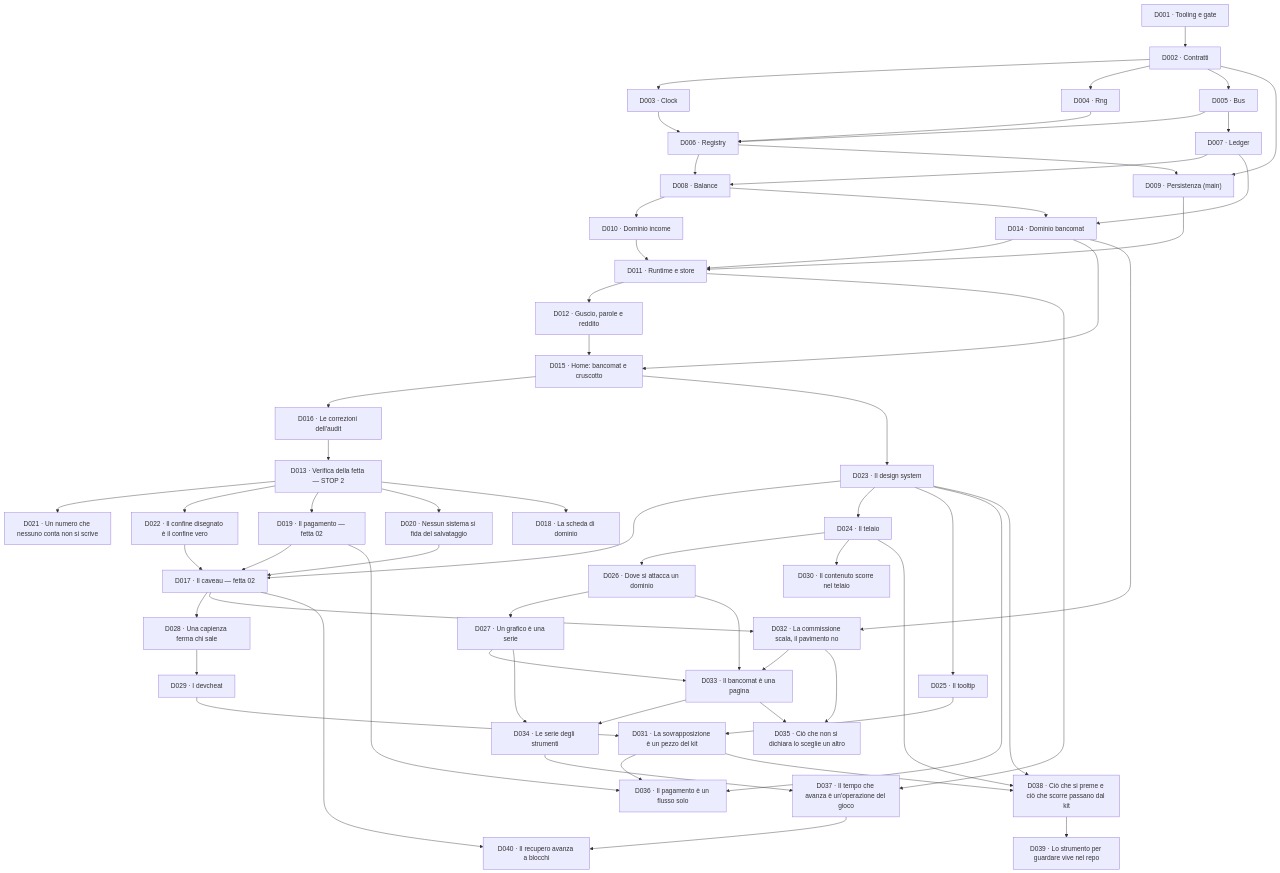
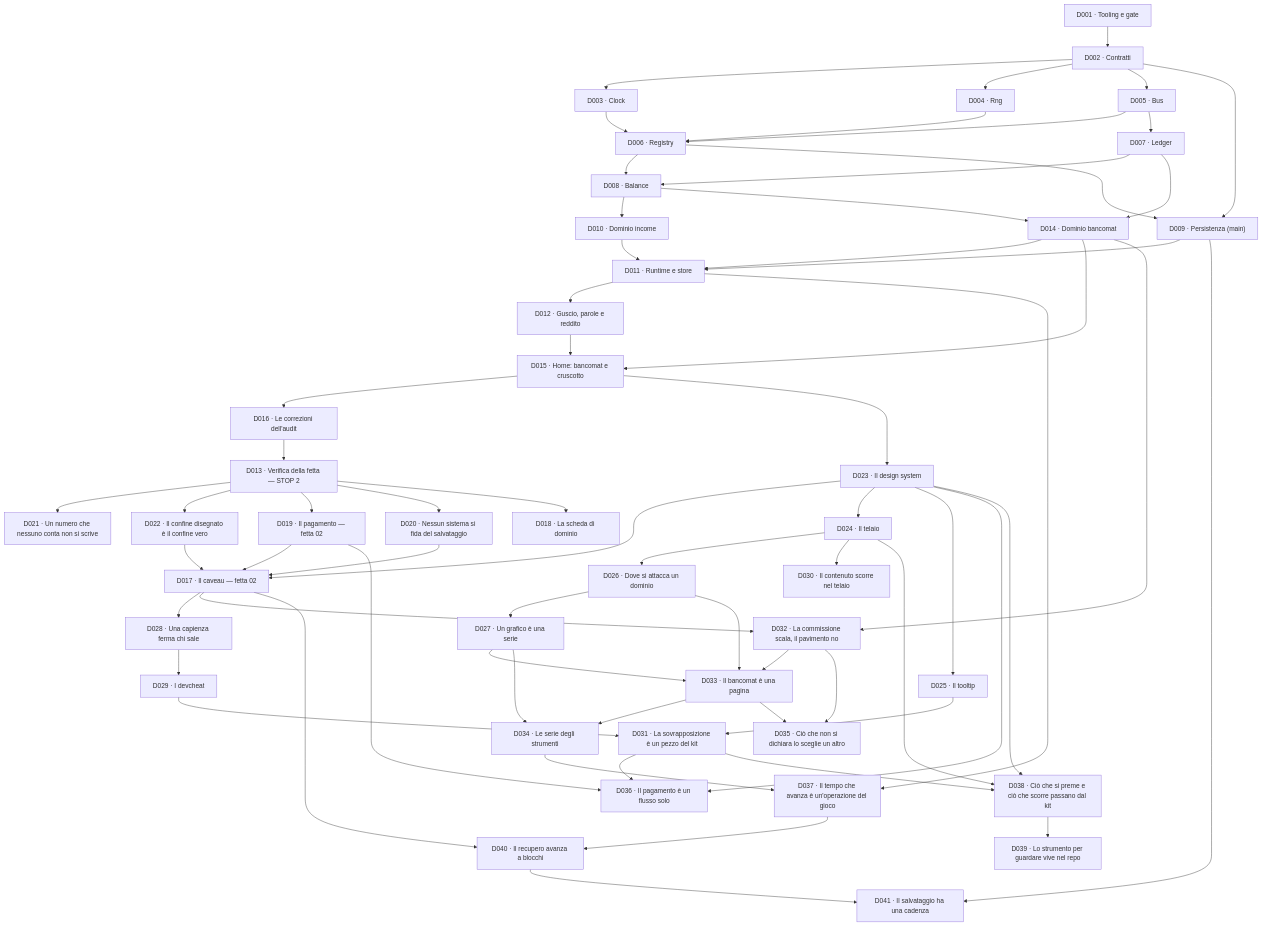
The diagram in docs/delega/README.md (devfrx/solvent), drawn with Mermaid before and after one commit. The commit also changed other lines of this file and 4 other files, not shown here.

````diff
--- a/docs/delega/README.md
+++ b/docs/delega/README.md
@@ -74,65 +74,67 @@
 ```mermaid
 flowchart TD
   D001["D001 · Tooling e gate"] --> D002["D002 · Contratti"]
   D002 --> D003["D003 · Clock"]
   D002 --> D004["D004 · Rng"]
   D002 --> D005["D005 · Bus"]
   D003 --> D006["D006 · Registry"]
   D004 --> D006
   D005 --> D006
   D005 --> D007["D007 · Ledger"]
   D006 --> D008["D008 · Balance"]
   D007 --> D008
   D002 --> D009["D009 · Persistenza (main)"]
   D006 --> D009
   D008 --> D010["D010 · Dominio income"]
   D007 --> D014["D014 · Dominio bancomat"]
   D008 --> D014
   D009 --> D011["D011 · Runtime e store"]
   D010 --> D011
   D014 --> D011
   D011 --> D012["D012 · Guscio, parole e reddito"]
   D012 --> D015["D015 · Home: bancomat e cruscotto"]
   D014 --> D015
   D015 --> D016["D016 · Le correzioni dell'audit"]
   D016 --> D013["D013 · Verifica della fetta — STOP 2"]
   D013 --> D021["D021 · Un numero che nessuno conta non si scrive"]
   D013 --> D022["D022 · Il confine disegnato è il confine vero"]
   D022 --> D017
   D013 --> D019["D019 · Il pagamento — fetta 02"]
   D013 --> D020["D020 · Nessun sistema si fida del salvataggio"]
   D015 --> D023["D023 · Il design system"]
   D019 --> D017["D017 · Il caveau — fetta 02"]
   D020 --> D017
   D023 --> D017
   D013 --> D018["D018 · La scheda di dominio"]
   D023 --> D024["D024 · Il telaio"]
   D023 --> D025["D025 · Il tooltip"]
   D024 --> D026["D026 · Dove si attacca un dominio"]
   D026 --> D027["D027 · Un grafico è una serie"]
   D017 --> D028["D028 · Una capienza ferma chi sale"]
   D028 --> D029["D029 · I devcheat"]
   D024 --> D030["D030 · Il contenuto scorre nel telaio"]
   D025 --> D031["D031 · La sovrapposizione è un pezzo del kit"]
   D029 --> D031
   D014 --> D032["D032 · La commissione scala, il pavimento no"]
   D017 --> D032
   D032 --> D033["D033 · Il bancomat è una pagina"]
   D026 --> D033
   D027 --> D033
   D033 --> D034["D034 · Le serie degli strumenti"]
   D027 --> D034
   D033 --> D035["D035 · Ciò che non si dichiara lo sceglie un altro"]
   D032 --> D035
   D019 --> D036["D036 · Il pagamento è un flusso solo"]
   D023 --> D036
   D031 --> D036
   D011 --> D037["D037 · Il tempo che avanza è un'operazione del gioco"]
   D034 --> D037
   D023 --> D038["D038 · Ciò che si preme e ciò che scorre passano dal kit"]
   D024 --> D038
   D031 --> D038
   D038 --> D039["D039 · Lo strumento per guardare vive nel repo"]
   D037 --> D040["D040 · Il recupero avanza a blocchi"]
   D017 --> D040
+  D040 --> D041["D041 · Il salvataggio ha una cadenza"]
+  D009 --> D041
 ```
````
